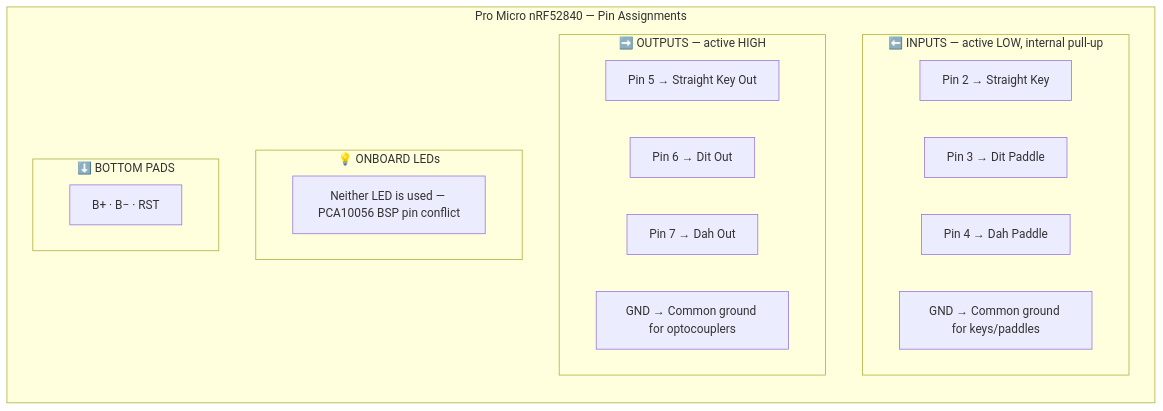
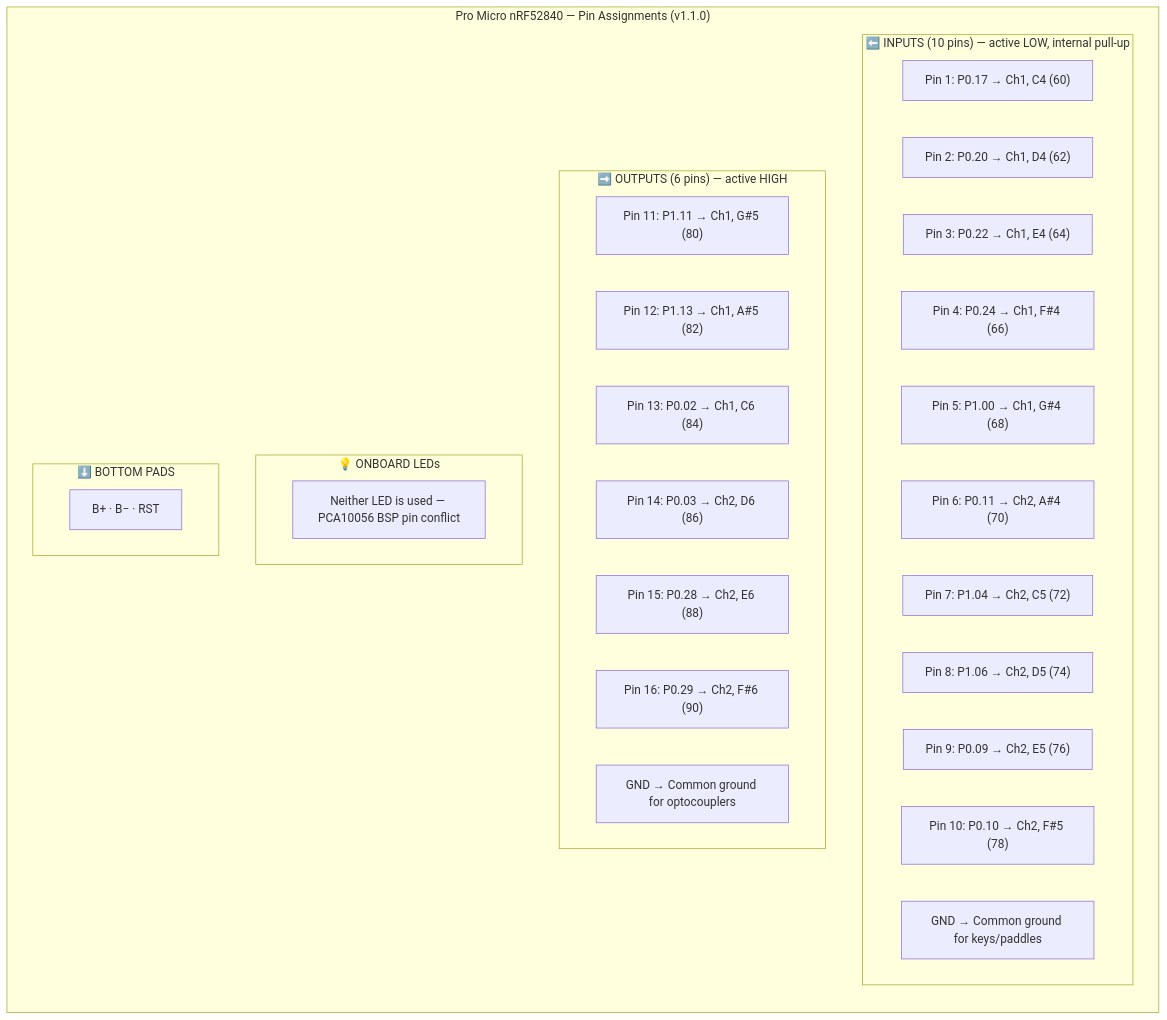
One commit to 5B4AON/mcs changed the second of 5 diagrams in arduino/README.md. Above: the diagram before and after it, drawn with Mermaid. The commit also changed other lines of this file and 41 other files, not shown here.

````diff
--- a/arduino/README.md
+++ b/arduino/README.md
@@ -74,28 +106,38 @@
 ```mermaid
 flowchart TB
-    subgraph board["Pro Micro nRF52840 — Pin Assignments"]
+    subgraph board["Pro Micro nRF52840 — Pin Assignments (v1.1.0)"]
         direction TB
 
-        subgraph inputs["⬅️ INPUTS  —  active LOW, internal pull-up"]
-            P2["Pin 2 → Straight Key"]
-            P3["Pin 3 → Dit Paddle"]
-            P4["Pin 4 → Dah Paddle"]
+        subgraph inputs["⬅️ INPUTS (10 pins) — active LOW, internal pull-up"]
+            P1["Pin 1: P0.17 → Ch1, C4 (60)"]
+            P2["Pin 2: P0.20 → Ch1, D4 (62)"]
+            P3["Pin 3: P0.22 → Ch1, E4 (64)"]
+            P4["Pin 4: P0.24 → Ch1, F#4 (66)"]
+            P5["Pin 5: P1.00 → Ch1, G#4 (68)"]
+            P6["Pin 6: P0.11 → Ch2, A#4 (70)"]
+            P7["Pin 7: P1.04 → Ch2, C5 (72)"]
+            P8["Pin 8: P1.06 → Ch2, D5 (74)"]
+            P9["Pin 9: P0.09 → Ch2, E5 (76)"]
+            P10["Pin 10: P0.10 → Ch2, F#5 (78)"]
             GND_IN["GND → Common ground for keys/paddles"]
         end
 
-        subgraph outputs["➡️ OUTPUTS  —  active HIGH"]
-            P5["Pin 5 → Straight Key Out"]
-            P6["Pin 6 → Dit Out"]
-            P7["Pin 7 → Dah Out"]
+        subgraph outputs["➡️ OUTPUTS (6 pins) — active HIGH"]
+            P11["Pin 11: P1.11 → Ch1, G#5 (80)"]
+            P12["Pin 12: P1.13 → Ch1, A#5 (82)"]
+            P13["Pin 13: P0.02 → Ch1, C6 (84)"]
+            P14["Pin 14: P0.03 → Ch2, D6 (86)"]
+            P15["Pin 15: P0.28 → Ch2, E6 (88)"]
+            P16["Pin 16: P0.29 → Ch2, F#6 (90)"]
             GND_OUT["GND → Common ground for optocouplers"]
         end
 
         subgraph leds["💡 ONBOARD LEDs"]
             LED_NOTE["Neither LED is used — PCA10056 BSP pin conflict"]
         end
 
         subgraph bottom["⬇️ BOTTOM PADS"]
             BP["B+  ·  B−  ·  RST"]
         end
     end
 ```
````
